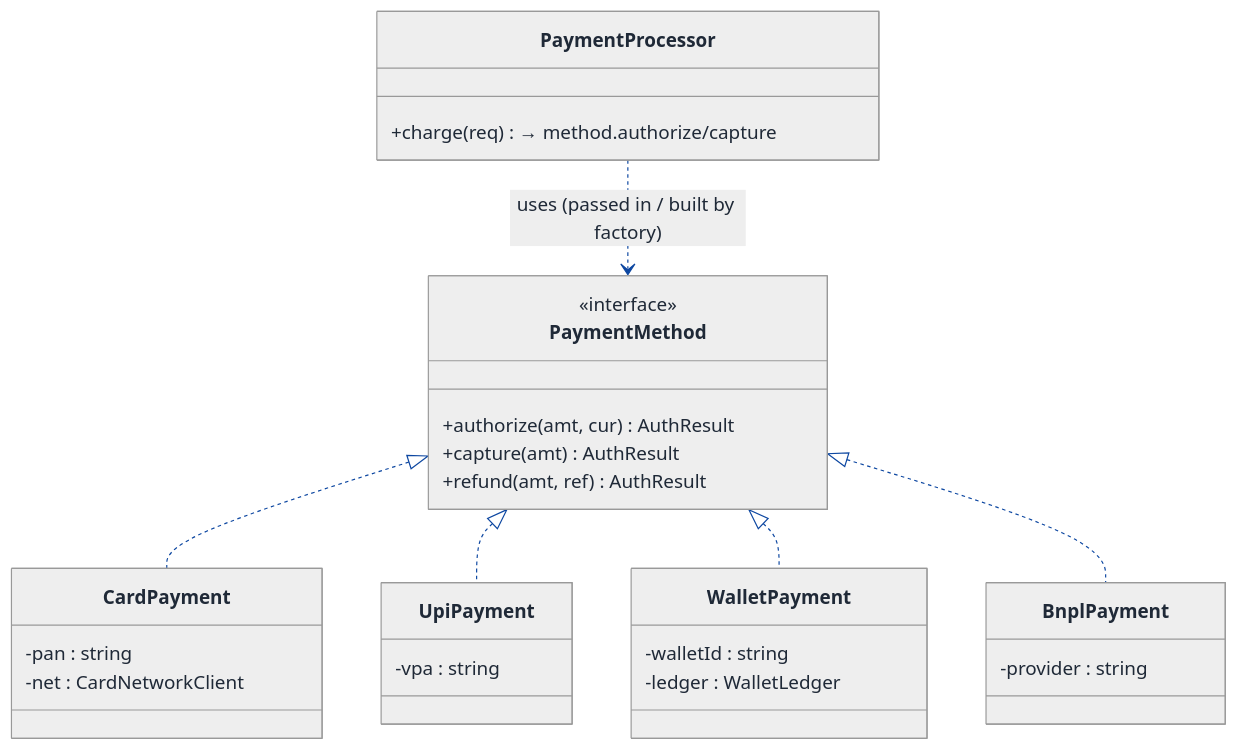
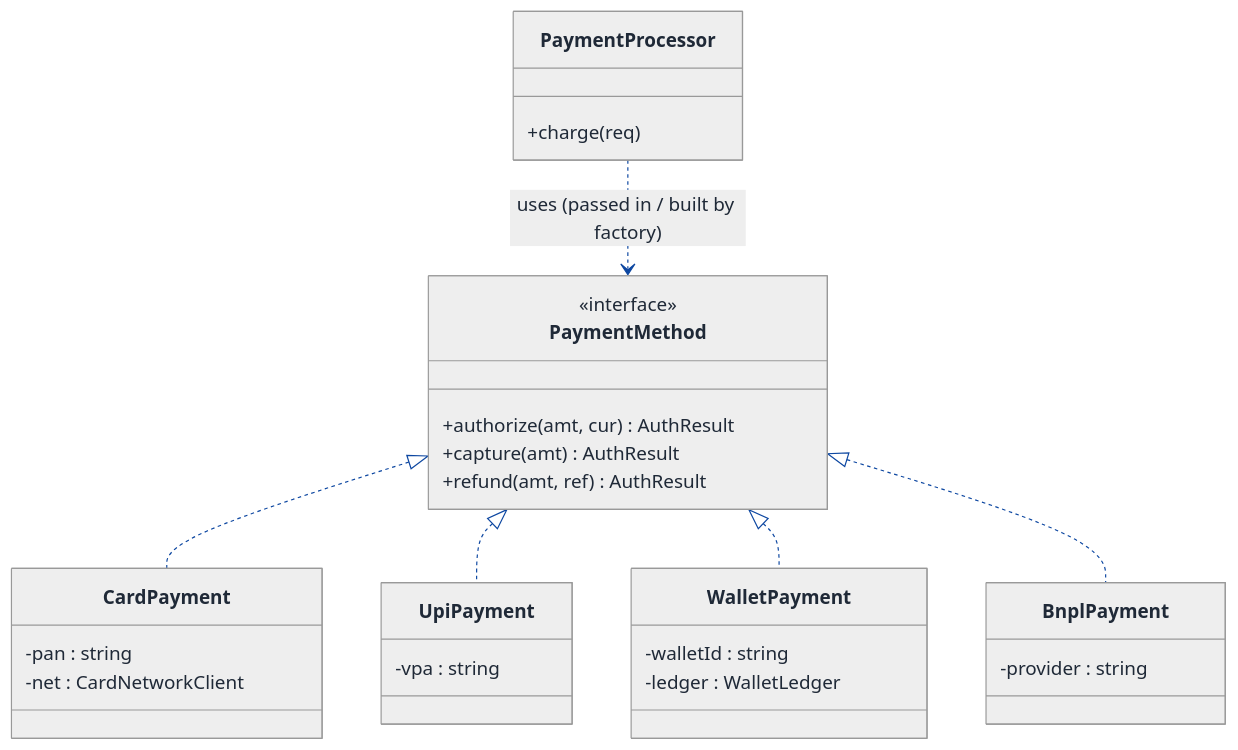
One commit to Prateek-5/question-bank changed the second of 8 diagrams in LLD/Topics/Strategy_Pattern/Payment_Processing.md. Above: the diagram before and after it, drawn with Mermaid. The commit also changed other lines of this file and 61 other files, not shown here.

First line of the commit message:
Fix invalid mermaid classDiagram member syntax across LLD walkthroughs

````diff
--- a/LLD/Topics/Strategy_Pattern/Payment_Processing.md
+++ b/LLD/Topics/Strategy_Pattern/Payment_Processing.md
@@ -434,64 +434,64 @@
 ```mermaid
 ---
 config:
   theme: neutral
   themeVariables:
     background: '#ffffff'
     primaryColor: '#cfe2ff'
     primaryTextColor: '#1f2937'
     primaryBorderColor: '#084298'
     secondaryColor: '#fff3cd'
     secondaryTextColor: '#1f2937'
     secondaryBorderColor: '#664d03'
     tertiaryColor: '#d1e7dd'
     tertiaryTextColor: '#1f2937'
     tertiaryBorderColor: '#0a3622'
     lineColor: '#0d47a1'
     textColor: '#1f2937'
     noteBkgColor: '#fff3cd'
     noteTextColor: '#1f2937'
     noteBorderColor: '#997404'
     actorBkg: '#cfe2ff'
     actorBorder: '#084298'
     actorTextColor: '#1f2937'
     signalColor: '#0d47a1'
     signalTextColor: '#1f2937'
     labelBoxBkgColor: '#ffffff'
     labelBoxBorderColor: '#d3d3d3'
     labelTextColor: '#1f2937'
     edgeLabelBackground: '#ffffff'
     labelBackground: '#ffffff'
     classText: '#1f2937'
     fontFamily: 'system-ui, -apple-system, Segoe UI, Helvetica, Arial, sans-serif'
 ---
 classDiagram
   direction TB
   class PaymentProcessor {
-    +charge(req)  → method.authorize/capture
+    +charge(req)
   }
   class PaymentMethod {
     <<interface>>
     +authorize(amt, cur) AuthResult
     +capture(amt) AuthResult
     +refund(amt, ref) AuthResult
   }
   class CardPayment {
     -pan : string
     -net : CardNetworkClient
   }
   class UpiPayment {
     -vpa : string
   }
   class WalletPayment {
     -walletId : string
     -ledger : WalletLedger
   }
   class BnplPayment {
     -provider : string
   }
   PaymentProcessor ..> PaymentMethod : uses (passed in / built by factory)
   PaymentMethod <|.. CardPayment
   PaymentMethod <|.. UpiPayment
   PaymentMethod <|.. WalletPayment
   PaymentMethod <|.. BnplPayment
 ```
````
